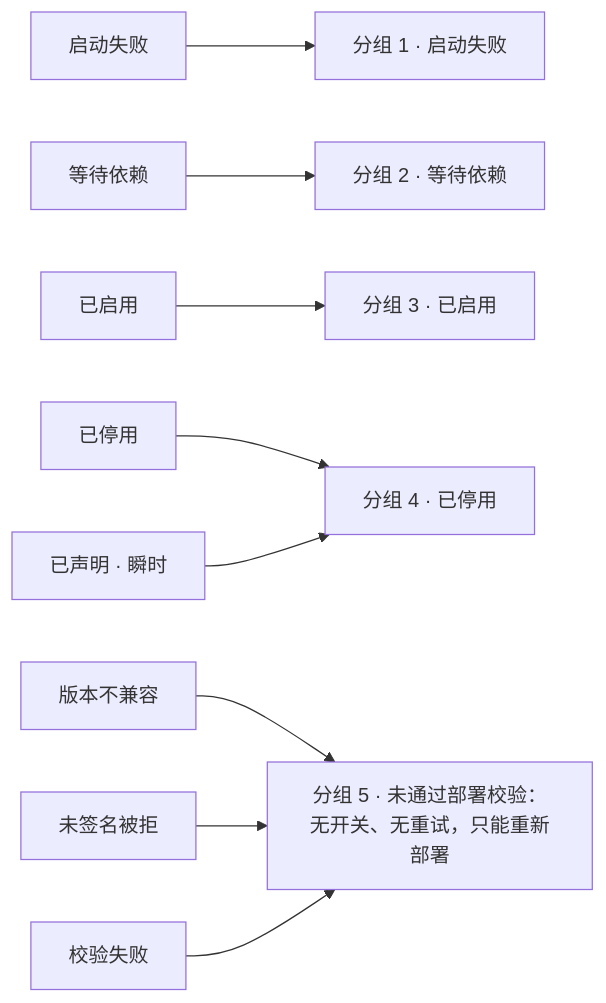
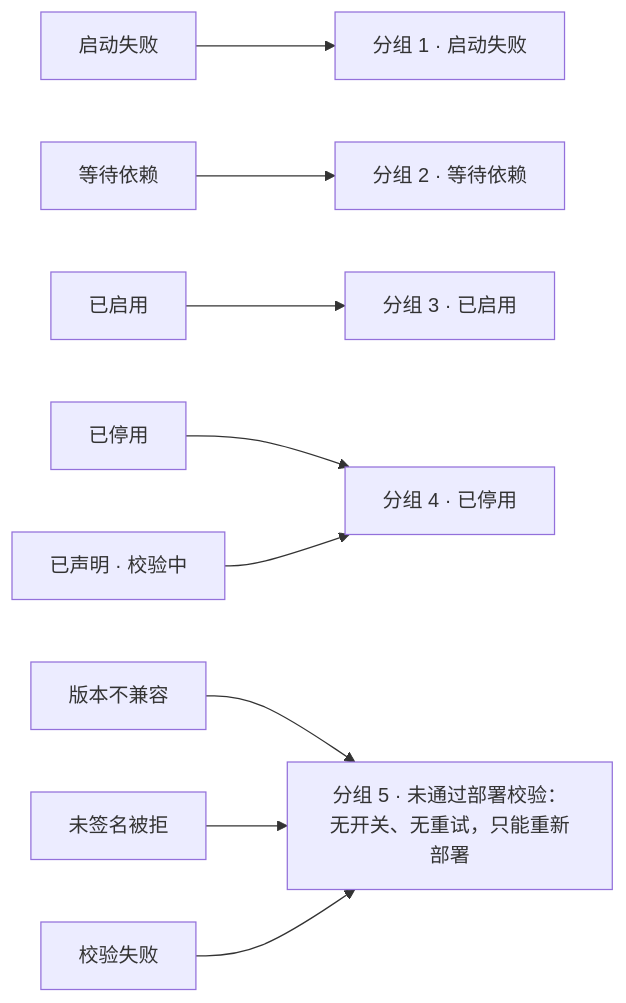
Before and after one commit to Xeonice/cordis-ppt-editor: the second of 4 diagrams in docs/20-design/03-screens/32-admin-plugin-management.md, drawn with Mermaid. The commit also changed other lines of this file and 44 other files, not shown here.

````diff
--- a/docs/20-design/03-screens/32-admin-plugin-management.md
+++ b/docs/20-design/03-screens/32-admin-plugin-management.md
@@ -133,24 +147,24 @@
 ```mermaid
 flowchart LR
   failed["启动失败"]
   pending["等待依赖"]
   enabled["已启用"]
   disabled["已停用"]
-  declared["已声明 · 瞬时"]
+  declared["已声明 · 校验中"]
   incompat["版本不兼容"]
   unsigned["未签名被拒"]
   invalid["校验失败"]
   g1["分组 1 · 启动失败"]
   g2["分组 2 · 等待依赖"]
   g3["分组 3 · 已启用"]
   g4["分组 4 · 已停用"]
   g5["分组 5 · 未通过部署校验：无开关、无重试，只能重新部署"]
   failed --> g1
   pending --> g2
   enabled --> g3
   disabled --> g4
   declared --> g4
   incompat --> g5
   unsigned --> g5
   invalid --> g5
 ```
````
